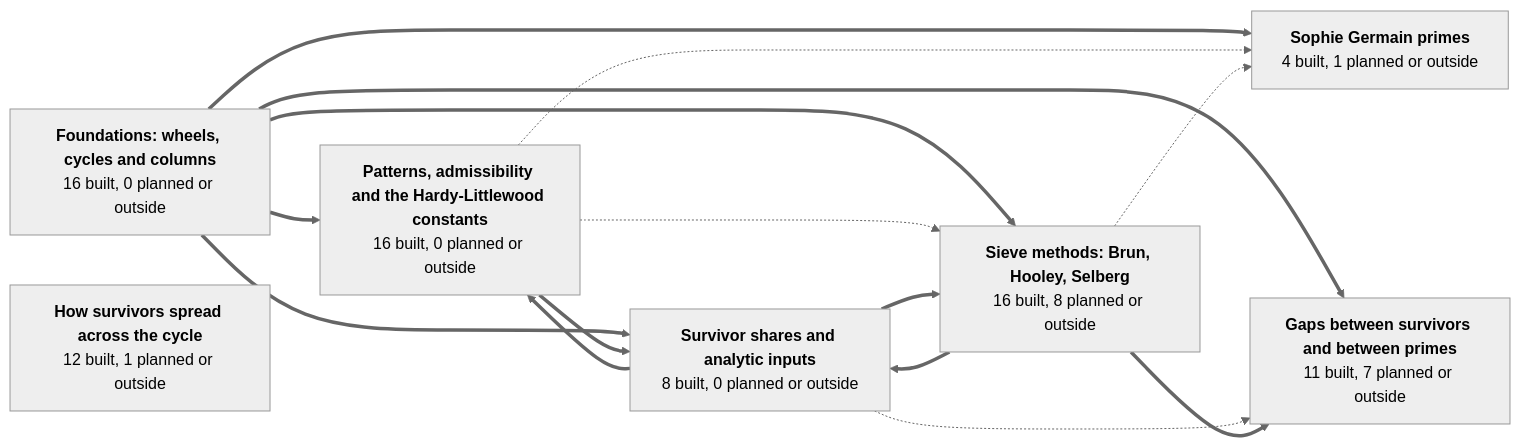
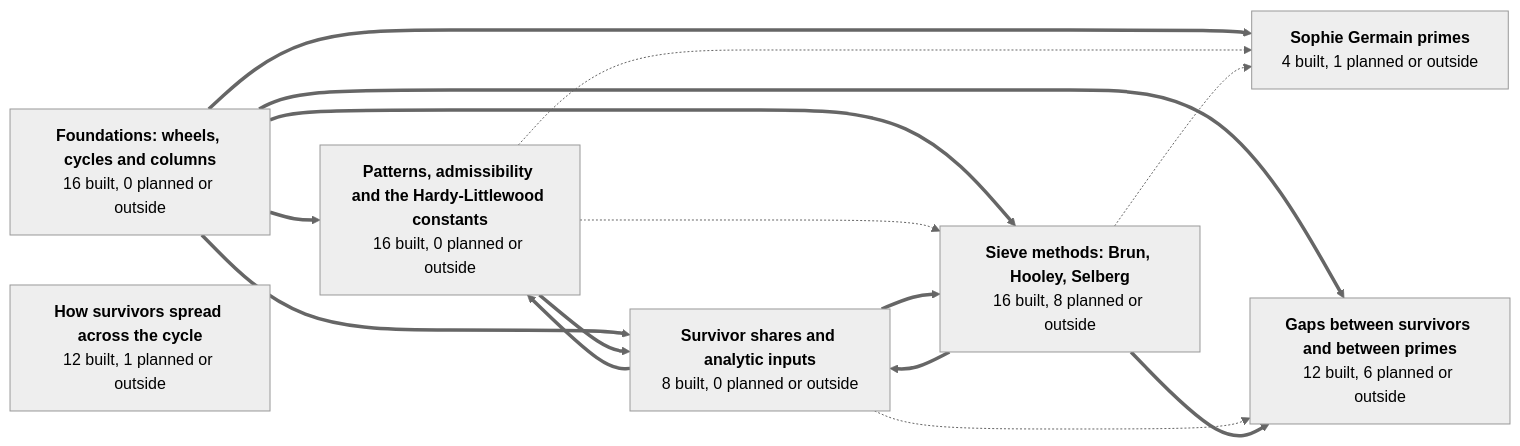
The first of 8 diagrams in GRAPH.md (golfbum71/RNS-Sieve-Network), drawn with Mermaid (neutral theme) before and after one commit. The commit also changed other lines of this file and 12 other files, not shown here.

First line of the commit message:
BrocardPrediction: exact count, primes plus first-blocked slots, closed form of the cycling-only count and of the twin prediction, built clean (standard axioms)

````diff
--- a/GRAPH.md
+++ b/GRAPH.md
@@ -45,31 +45,31 @@
 ```mermaid
 graph LR
   g1["<b>Foundations: wheels, cycles and columns</b><br/>16 built, 0 planned or outside"]
   g2["<b>Patterns, admissibility and the Hardy-Littlewood constants</b><br/>16 built, 0 planned or outside"]
   g3["<b>How survivors spread across the cycle</b><br/>12 built, 1 planned or outside"]
-  g4["<b>Gaps between survivors and between primes</b><br/>11 built, 7 planned or outside"]
+  g4["<b>Gaps between survivors and between primes</b><br/>12 built, 6 planned or outside"]
   g5["<b>Sophie Germain primes</b><br/>4 built, 1 planned or outside"]
   g6["<b>Survivor shares and analytic inputs</b><br/>8 built, 0 planned or outside"]
   g7["<b>Sieve methods: Brun, Hooley, Selberg</b><br/>16 built, 8 planned or outside"]
   g1 ==> g2
   g1 ==> g4
   g1 ==> g5
   g1 ==> g6
   g1 ==> g7
   g2 -.-> g5
   g2 ==> g6
   g2 -.-> g7
   g6 ==> g2
   g6 -.-> g4
   g6 ==> g7
   g7 ==> g4
   g7 -.-> g5
   g7 ==> g6
   click g1 href "https://github.com/golfbum71/RNS-Sieve-Network/blob/main/GRAPH.md#foundations-wheels-cycles-and-columns" _self
   click g2 href "https://github.com/golfbum71/RNS-Sieve-Network/blob/main/GRAPH.md#patterns-admissibility-and-the-hardy-littlewood-constants" _self
   click g3 href "https://github.com/golfbum71/RNS-Sieve-Network/blob/main/GRAPH.md#how-survivors-spread-across-the-cycle" _self
   click g4 href "https://github.com/golfbum71/RNS-Sieve-Network/blob/main/GRAPH.md#gaps-between-survivors-and-between-primes" _self
   click g5 href "https://github.com/golfbum71/RNS-Sieve-Network/blob/main/GRAPH.md#sophie-germain-primes" _self
   click g6 href "https://github.com/golfbum71/RNS-Sieve-Network/blob/main/GRAPH.md#survivor-shares-and-analytic-inputs" _self
   click g7 href "https://github.com/golfbum71/RNS-Sieve-Network/blob/main/GRAPH.md#sieve-methods-brun-hooley-selberg" _self
 ```
````
